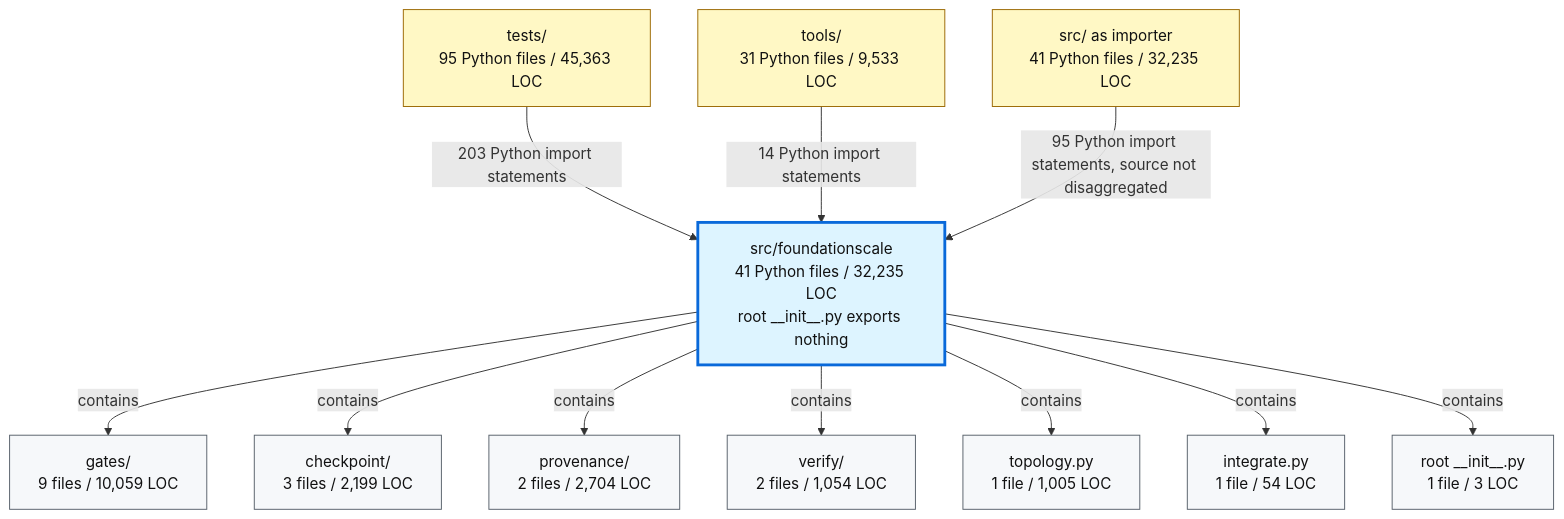
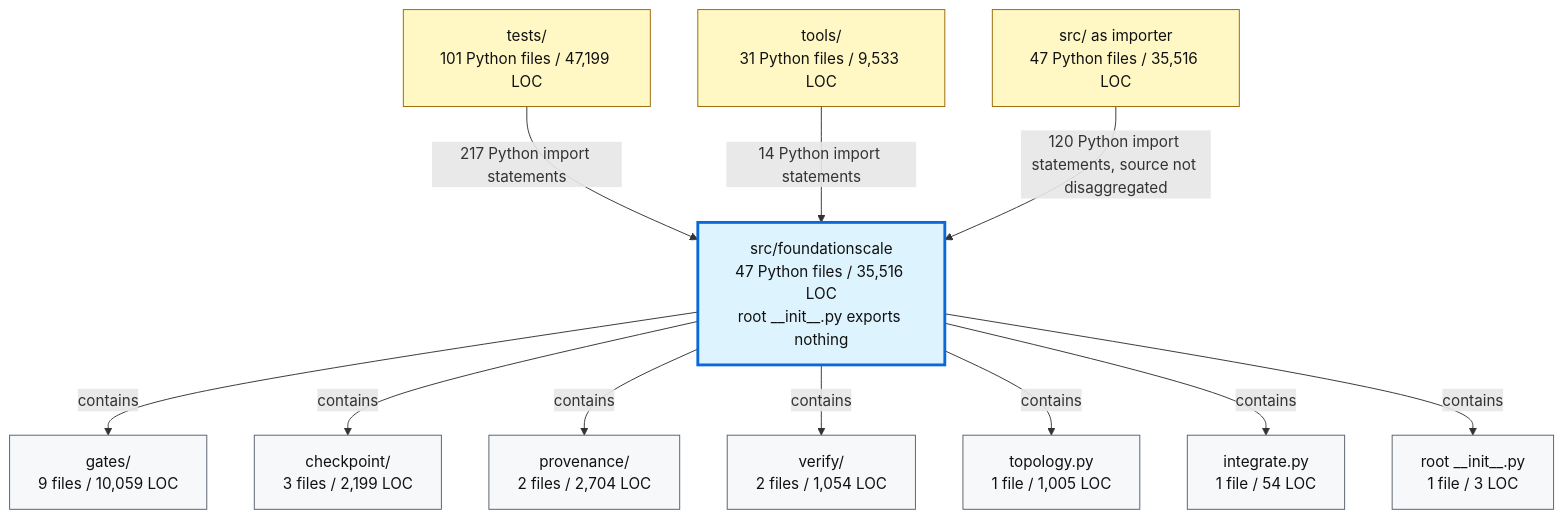
Before and after one commit to TranNhiem/FoundationScale: the second of 2 diagrams in docs/review/D2_current_architecture.md, drawn with Mermaid. The commit also changed other lines of this file and 33 other files, not shown here.

````diff
--- a/docs/review/D2_current_architecture.md
+++ b/docs/review/D2_current_architecture.md
@@ -97,36 +97,36 @@
 ```mermaid
 flowchart TB
-  TESTS["tests/<br/>95 Python files / 45,363 LOC"]
+  TESTS["tests/<br/>101 Python files / 47,199 LOC"]
   TOOLS["tools/<br/>31 Python files / 9,533 LOC"]
-  SRC["src/ as importer<br/>41 Python files / 32,235 LOC"]
+  SRC["src/ as importer<br/>47 Python files / 35,516 LOC"]
 
-  FS["src/foundationscale<br/>41 Python files / 32,235 LOC<br/>root __init__.py exports nothing"]
+  FS["src/foundationscale<br/>47 Python files / 35,516 LOC<br/>root __init__.py exports nothing"]
 
   GATES["gates/<br/>9 files / 10,059 LOC"]
   CKPT["checkpoint/<br/>3 files / 2,199 LOC"]
   PROV["provenance/<br/>2 files / 2,704 LOC"]
   VERIFY["verify/<br/>2 files / 1,054 LOC"]
   TOPO["topology.py<br/>1 file / 1,005 LOC"]
   INTEG["integrate.py<br/>1 file / 54 LOC"]
   ROOT["root __init__.py<br/>1 file / 3 LOC"]
 
-  TESTS -->|"203 Python import statements"| FS
+  TESTS -->|"217 Python import statements"| FS
   TOOLS -->|"14 Python import statements"| FS
-  SRC -->|"95 Python import statements, source not disaggregated"| FS
+  SRC -->|"120 Python import statements, source not disaggregated"| FS
 
   FS -->|"contains"| GATES
   FS -->|"contains"| CKPT
   FS -->|"contains"| PROV
   FS -->|"contains"| VERIFY
   FS -->|"contains"| TOPO
   FS -->|"contains"| INTEG
   FS -->|"contains"| ROOT
 
   classDef consumer fill:#fff8c5,stroke:#9a6700,color:#111;
   classDef package fill:#ddf4ff,stroke:#0969da,stroke-width:3px,color:#111;
   classDef module fill:#f6f8fa,stroke:#57606a,color:#111;
 
   class TESTS,TOOLS,SRC consumer;
   class FS package;
   class GATES,CKPT,PROV,VERIFY,TOPO,INTEG,ROOT module;
 ```
````
